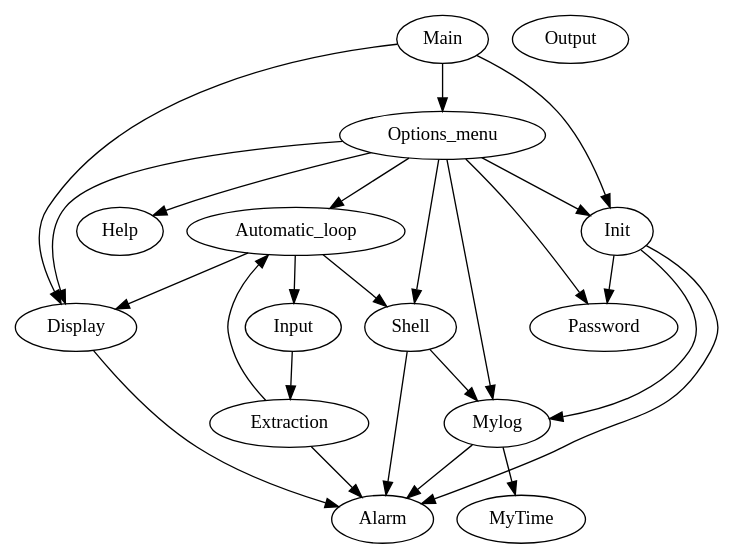
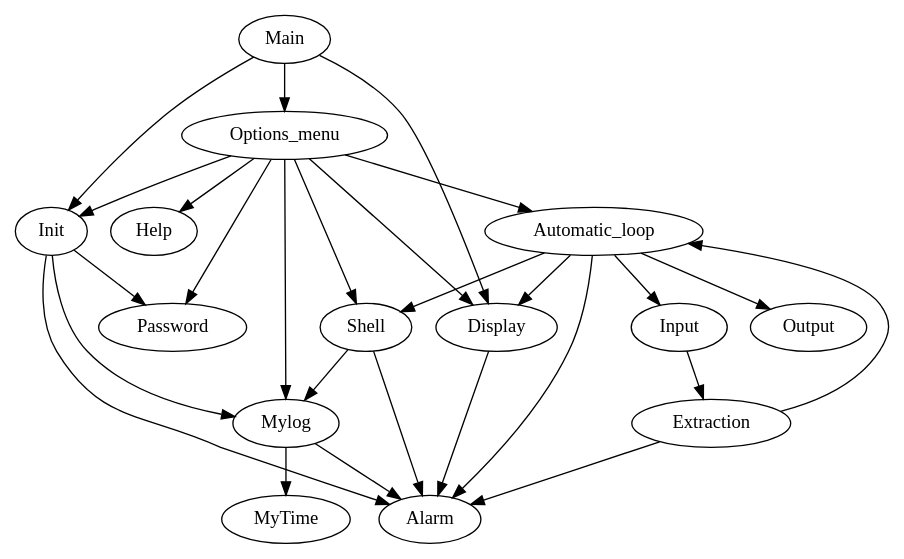
One commit to open-fire-alarm/open-fire-alarm changed the diagram in graph/graph.gv. Above: the diagram before and after it, drawn with Graphviz.

Commit message:
mise a jour du graph

```diff
--- a/graph/graph.gv
+++ b/graph/graph.gv
@@ -1,27 +1,27 @@
 digraph G
 {
 	Alarm;
 	Automatic_loop;
 	Display;
 	Extraction;
 	Help;
 	Init;
 	Input;
 	Main;
 	Mylog;
 	MyTime;
 	Options_menu;
 	Output;
 	Password;
 	Shell;
 
-	Automatic_loop -> {Shell; Display; Input;}
+	Automatic_loop -> {Shell; Display; Input; Alarm; Output;}
 	Display -> Alarm;
 	Extraction -> {Alarm; Automatic_loop;}
 	Init -> {Alarm; Password; Mylog;}
 	Input -> Extraction
 	Main -> {Init; Display; Options_menu;}
 	Mylog -> {MyTime; Alarm;}
 	Options_menu -> {Password; Shell; Display; Automatic_loop; Init; Mylog; Help;}
 	Shell -> {Alarm; Mylog;}
 }
```
